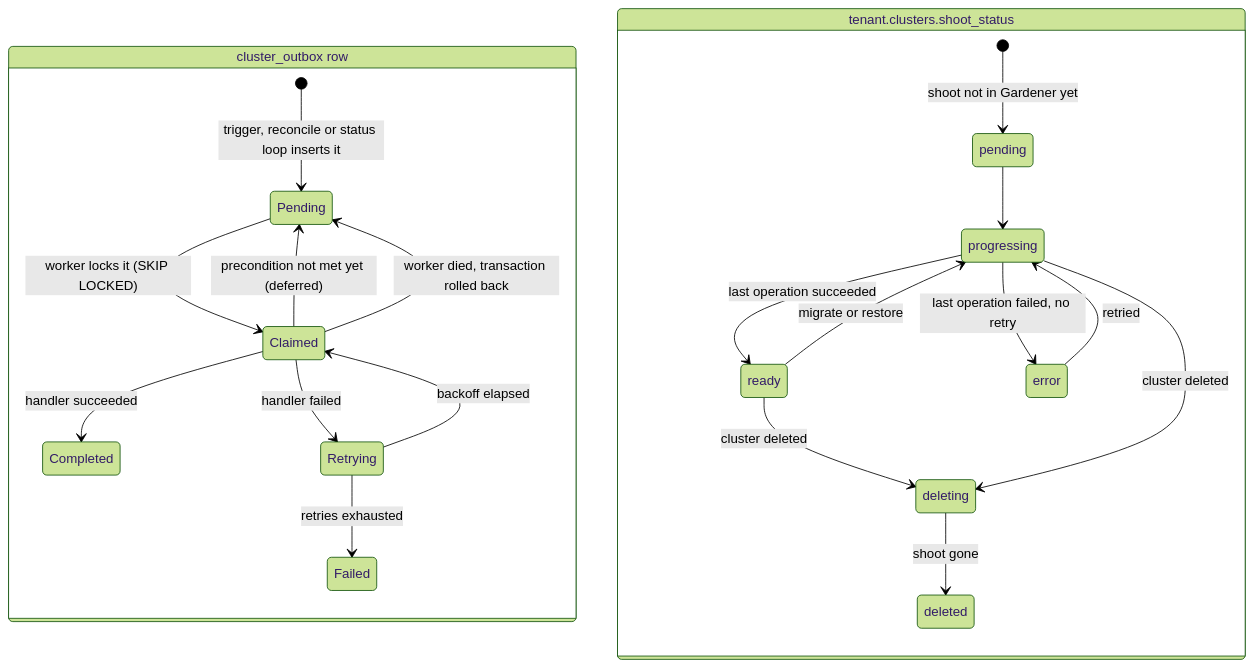
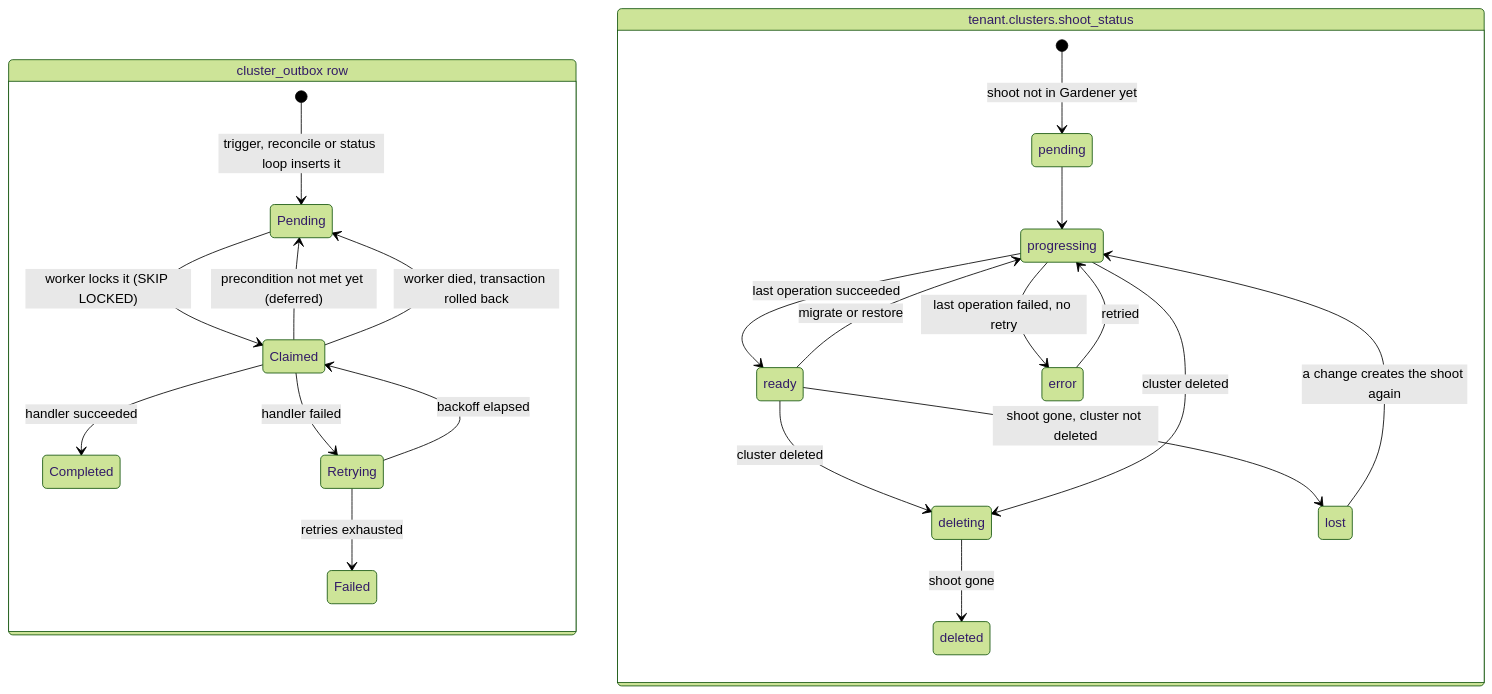
The second of 2 diagrams in cluster-worker/README.md (fundament-oss/fundament), drawn with Mermaid (forest theme) before and after one commit. The commit also changed other lines of this file and 35 other files, not shown here.

````diff
--- a/cluster-worker/README.md
+++ b/cluster-worker/README.md
@@ -95,27 +95,29 @@
 ```mermaid
 stateDiagram-v2
     direction TB
 
     state "cluster_outbox row" as outbox {
         [*] --> Pending: trigger, reconcile or status loop inserts it
         Pending --> Claimed: worker locks it (SKIP LOCKED)
         Claimed --> Completed: handler succeeded
         Claimed --> Retrying: handler failed
         Claimed --> Pending: precondition not met yet (deferred)
         Claimed --> Pending: worker died, transaction rolled back
         Retrying --> Claimed: backoff elapsed
         Retrying --> Failed: retries exhausted
     }
 
     state "tenant.clusters.shoot_status" as status {
         [*] --> pending: shoot not in Gardener yet
         pending --> progressing
         progressing --> ready: last operation succeeded
         progressing --> error: last operation failed, no retry
         error --> progressing: retried
         ready --> progressing: migrate or restore
         ready --> deleting: cluster deleted
         progressing --> deleting: cluster deleted
         deleting --> deleted: shoot gone
+        ready --> lost: shoot gone, cluster not deleted
+        lost --> progressing: a change creates the shoot again
     }
 ```
````
